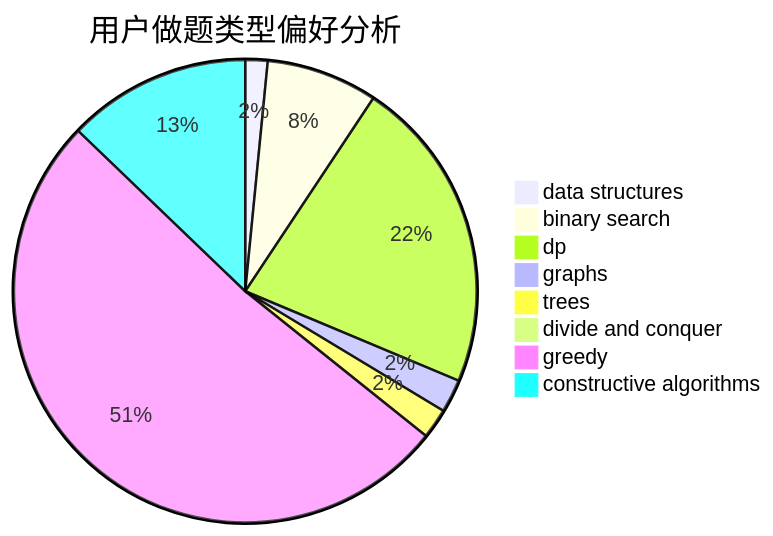
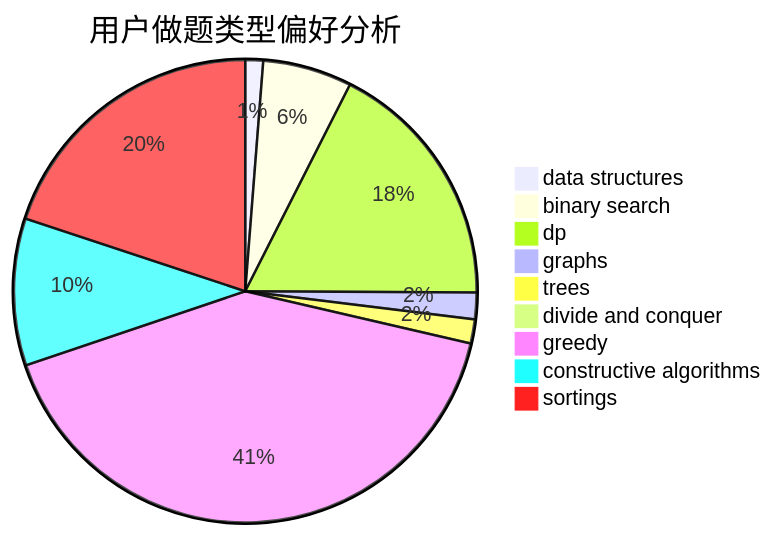
One commit to sherpahu/cfrs.github.io changed the second of 3 diagrams in docs/user/u884.md. Above: the diagram before and after it, drawn with Mermaid. The commit also changed other lines of this file and 2769 other files, not shown here.

````diff
--- a/docs/user/u884.md
+++ b/docs/user/u884.md
@@ -23,11 +18,12 @@
 ```mermaid
 pie title 用户做题类型偏好分析
     "data structures" :  20
     "binary search" :  100
     "dp" :  283
     "graphs" :  30
     "trees" :  27
     "divide and conquer" :  0
     "greedy" :  662
     "constructive algorithms" :  165
+    "sortings" :  320
 ```
````
